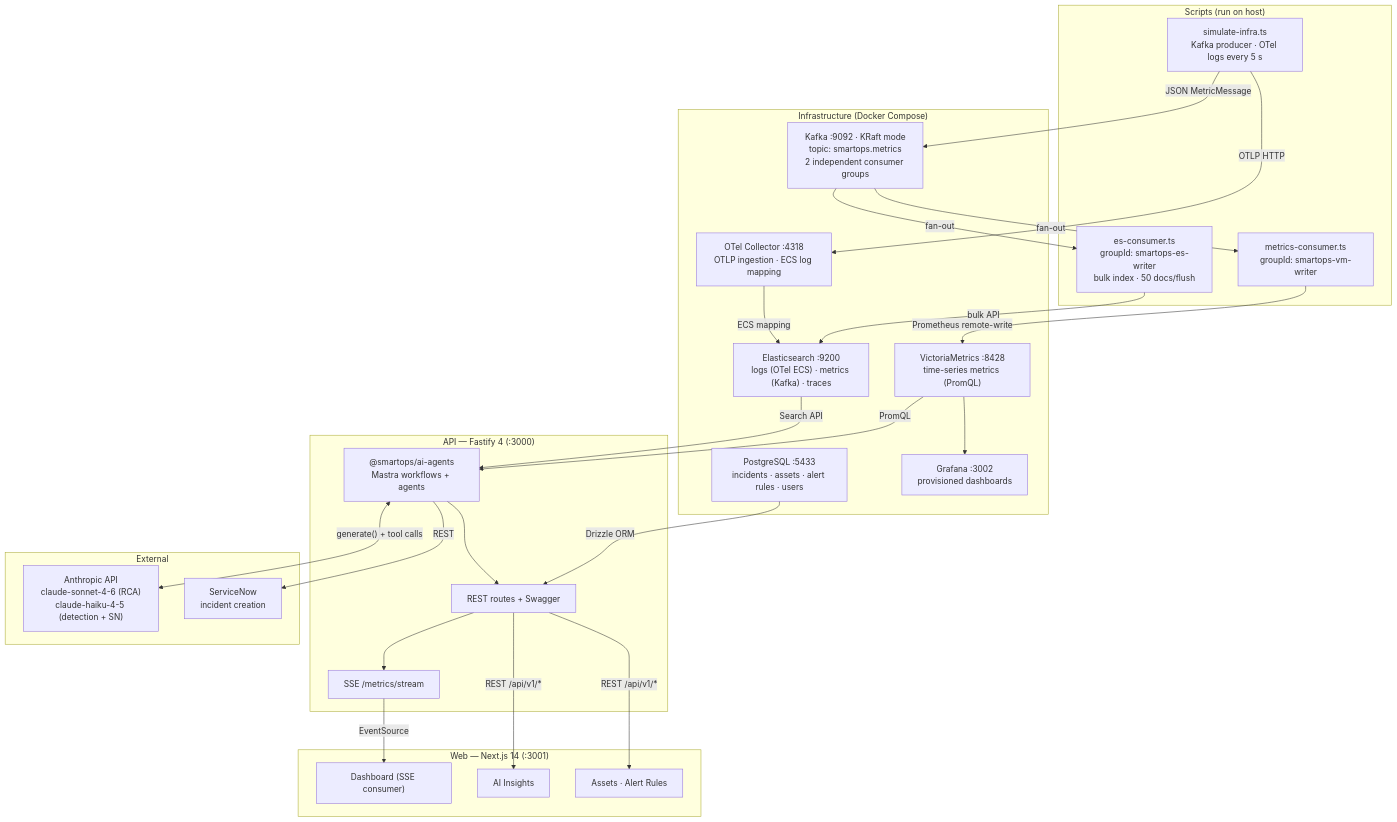
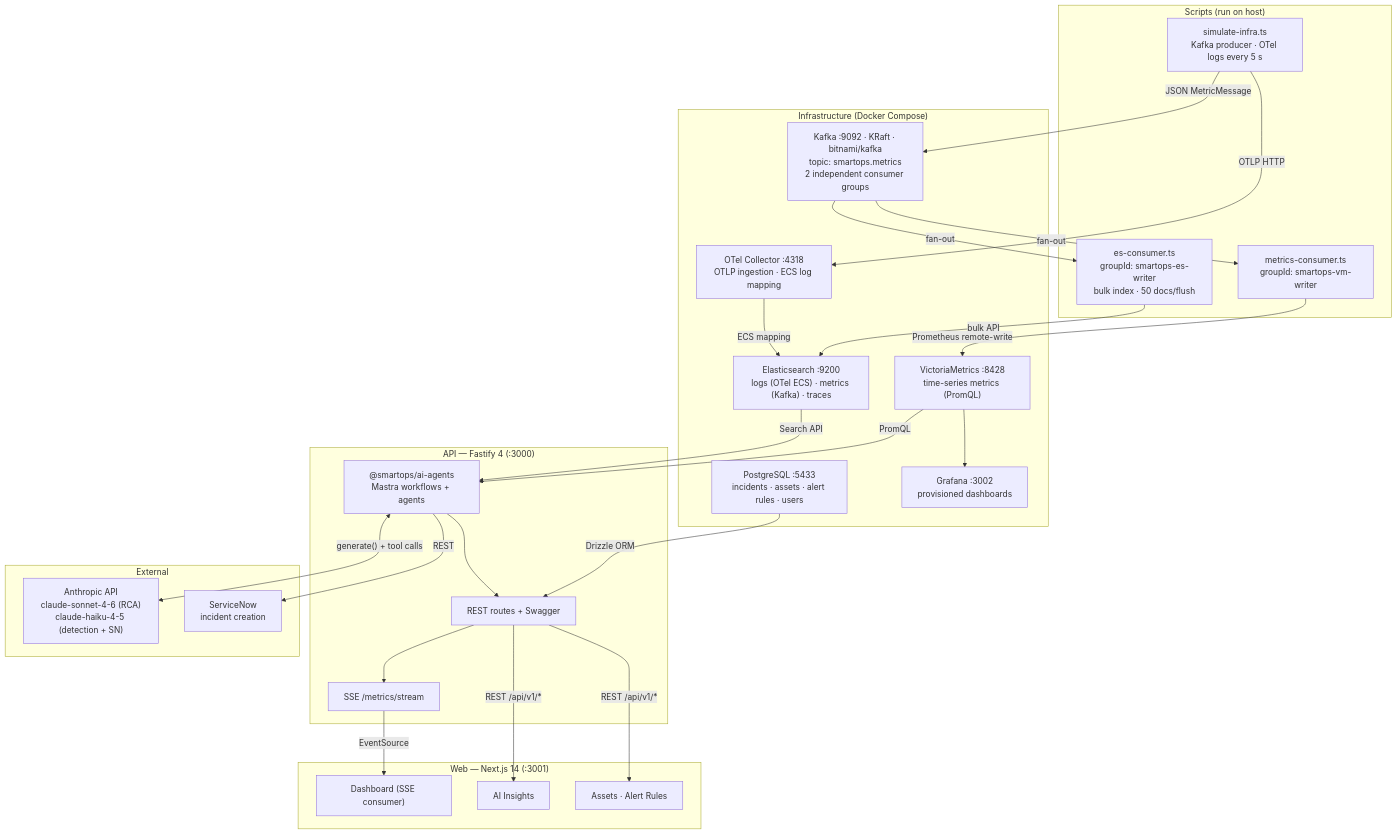
One commit to sergiunicoara/Agentic-AI changed the second of 2 diagrams in SmartOps AI observability platform/README.md. Above: the diagram before and after it, drawn with Mermaid. The commit also changed other lines of this file and 1 other file, not shown here.

Commit message:
fix: use bitnami/kafka:latest — 3.7.0 tag does not exist on Docker Hub

````diff
--- a/SmartOps AI observability platform/README.md
+++ b/SmartOps AI observability platform/README.md
@@ -94,53 +94,53 @@
 ```mermaid
 flowchart TD
     subgraph SIM["Scripts (run on host)"]
         PROD["simulate-infra.ts\nKafka producer · OTel logs every 5 s"]
         VMC["metrics-consumer.ts\ngroupId: smartops-vm-writer"]
         ESC["es-consumer.ts\ngroupId: smartops-es-writer\nbulk index · 50 docs/flush"]
     end
 
     subgraph INFRA["Infrastructure (Docker Compose)"]
-        KAFKA["Kafka :9092 · KRaft mode\ntopic: smartops.metrics\n2 independent consumer groups"]
+        KAFKA["Kafka :9092 · KRaft · bitnami/kafka\ntopic: smartops.metrics\n2 independent consumer groups"]
         VM["VictoriaMetrics :8428\ntime-series metrics (PromQL)"]
         ES["Elasticsearch :9200\nlogs (OTel ECS) · metrics (Kafka) · traces"]
         PG["PostgreSQL :5433\nincidents · assets · alert rules · users"]
         GF["Grafana :3002\nprovisioned dashboards"]
         OTEL["OTel Collector :4318\nOTLP ingestion · ECS log mapping"]
     end
 
     subgraph APPAPI["API — Fastify 4 (:3000)"]
         ROUTES["REST routes + Swagger"]
         SSE["SSE /metrics/stream"]
         AIMOD["@smartops/ai-agents\nMastra workflows + agents"]
     end
 
     subgraph WEB["Web — Next.js 14 (:3001)"]
         DASH["Dashboard (SSE consumer)"]
         AIPG["AI Insights"]
         MGMT["Assets · Alert Rules"]
     end
 
     subgraph EXT["External"]
         CLAUDE["Anthropic API\nclaude-sonnet-4-6 (RCA)\nclaude-haiku-4-5 (detection + SN)"]
         SNOW["ServiceNow\nincident creation"]
     end
 
     PROD -->|"JSON MetricMessage"| KAFKA
     PROD -->|"OTLP HTTP"| OTEL
     KAFKA -->|"fan-out"| VMC
     KAFKA -->|"fan-out"| ESC
     VMC -->|"Prometheus remote-write"| VM
     ESC -->|"bulk API"| ES
     OTEL -->|"ECS mapping"| ES
     VM --> GF
     VM -->|"PromQL"| AIMOD
     ES -->|"Search API"| AIMOD
     PG -->|"Drizzle ORM"| ROUTES
     AIMOD --> ROUTES
     AIMOD <-->|"generate() + tool calls"| CLAUDE
     AIMOD -->|"REST"| SNOW
     ROUTES --> SSE
     SSE -->|"EventSource"| DASH
     ROUTES -->|"REST /api/v1/*"| AIPG
     ROUTES -->|"REST /api/v1/*"| MGMT
 ```
````
